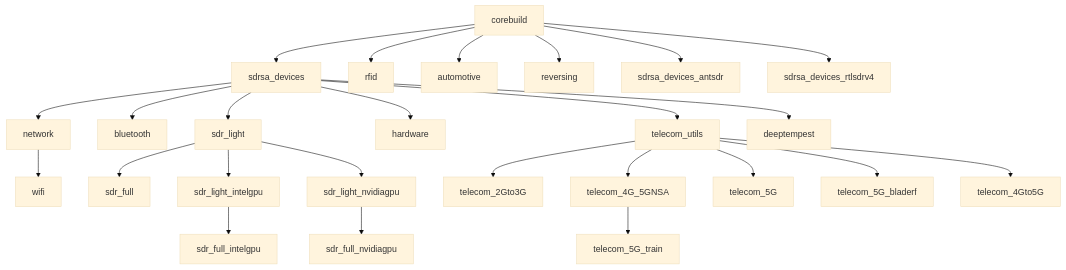
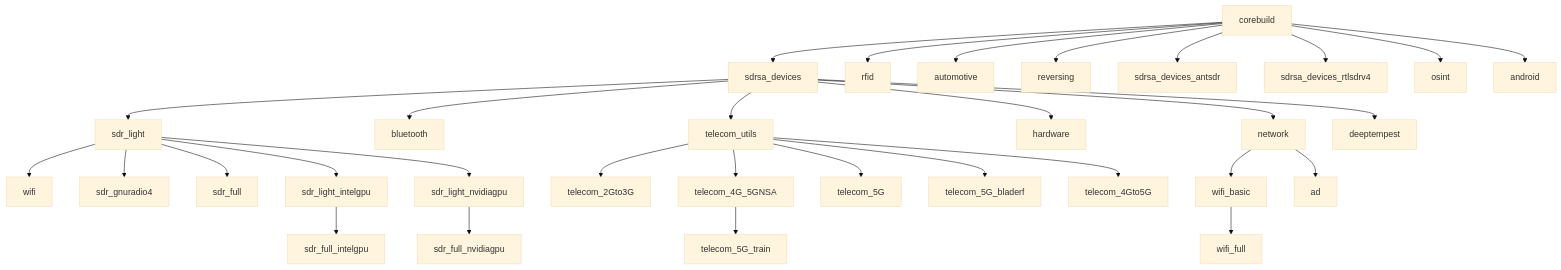
Before and after one commit to PentHertz/rfswift-doc-v2: the diagram in content/docs/guide/list-of-images.md, drawn with Mermaid (base theme). The commit also changed other lines of this file and 61 other files, not shown here.

````diff
--- a/content/docs/guide/list-of-images.md
+++ b/content/docs/guide/list-of-images.md
@@ -79,27 +86,33 @@
 ```mermaid
 graph TD;
     A[corebuild]-->B[sdrsa_devices];
     A-->C[rfid];
     A-->D[automotive];
     A-->E[reversing];
     A-->F[sdrsa_devices_antsdr];
     A-->G[sdrsa_devices_rtlsdrv4];
     B[sdrsa_devices]-->H[sdr_light];
     B[sdrsa_devices]-->I[bluetooth];
     B[sdrsa_devices]-->L[telecom_utils];
     B[sdrsa_devices]-->R[hardware];
     B[sdrsa_devices]-->S[network];
     B[sdrsa_devices]-->DT[deeptempest];
-    S[network]-->J[wifi];
+    A-->OS[osint];
+    A-->AN[android];
+    S[network]-->WB[wifi_basic];
+    WB-->WF[wifi_full];
+    S[network]-->AD[ad];
+    H-->J[wifi];
+    H-->G4[sdr_gnuradio4];
     H-->K[sdr_full];
     H-->H2[sdr_light_intelgpu];
     H-->H3[sdr_light_nvidiagpu];
     H2-->K2[sdr_full_intelgpu];
     H3-->K3[sdr_full_nvidiagpu];
     L-->M[telecom_2Gto3G];
     L-->N[telecom_4G_5GNSA];
     L-->O[telecom_5G];
     L-->O2[telecom_5G_bladerf];
     L-->P[telecom_4Gto5G];
     N-->P2[telecom_5G_train];
 ```
````
